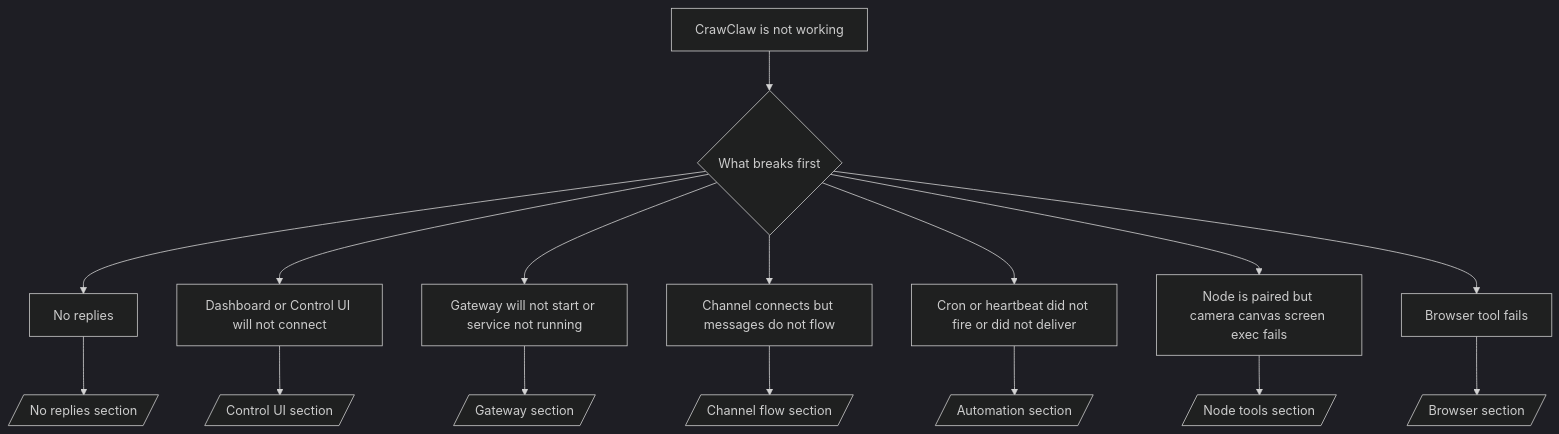
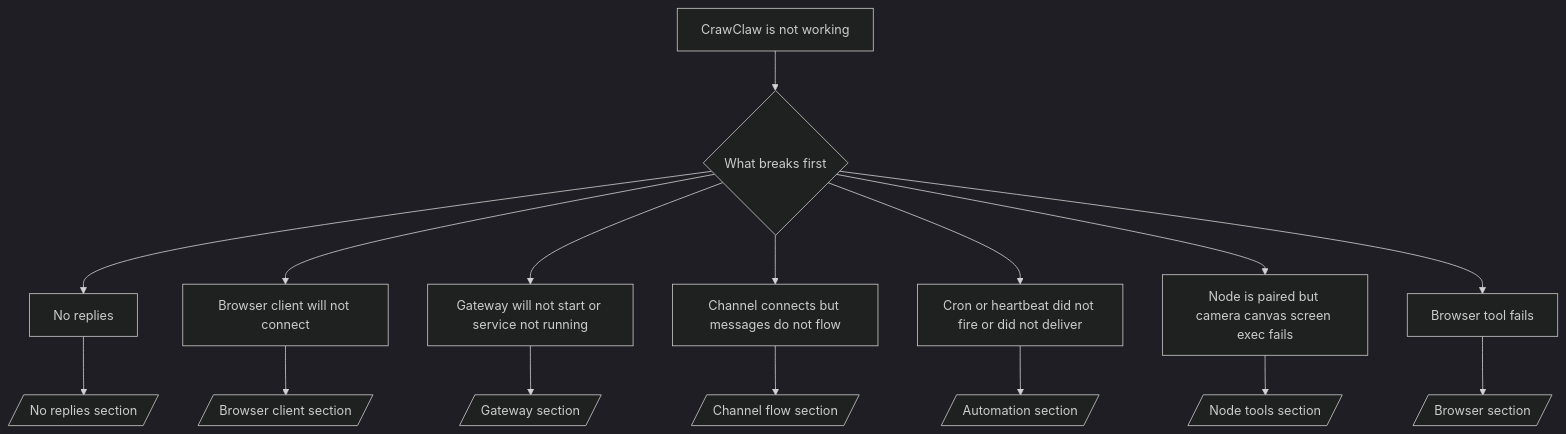
The diagram in docs/help/troubleshooting.md (qianleigood/crawclaw), drawn with Mermaid (dark theme) before and after one commit. The commit also changed other lines of this file and 433 other files, not shown here.

Commit message:
Gateway: finish browser Control UI removal

````diff
--- a/docs/help/troubleshooting.md
+++ b/docs/help/troubleshooting.md
@@ -70,19 +70,19 @@
 ```mermaid
 flowchart TD
   A[CrawClaw is not working] --> B{What breaks first}
   B --> C[No replies]
-  B --> D[Dashboard or Control UI will not connect]
+  B --> D[Browser client will not connect]
   B --> E[Gateway will not start or service not running]
   B --> F[Channel connects but messages do not flow]
   B --> G[Cron or heartbeat did not fire or did not deliver]
   B --> H[Node is paired but camera canvas screen exec fails]
   B --> I[Browser tool fails]
 
   C --> C1[/No replies section/]
-  D --> D1[/Control UI section/]
+  D --> D1[/Browser client section/]
   E --> E1[/Gateway section/]
   F --> F1[/Channel flow section/]
   G --> G1[/Automation section/]
   H --> H1[/Node tools section/]
   I --> I1[/Browser section/]
 ```
````
